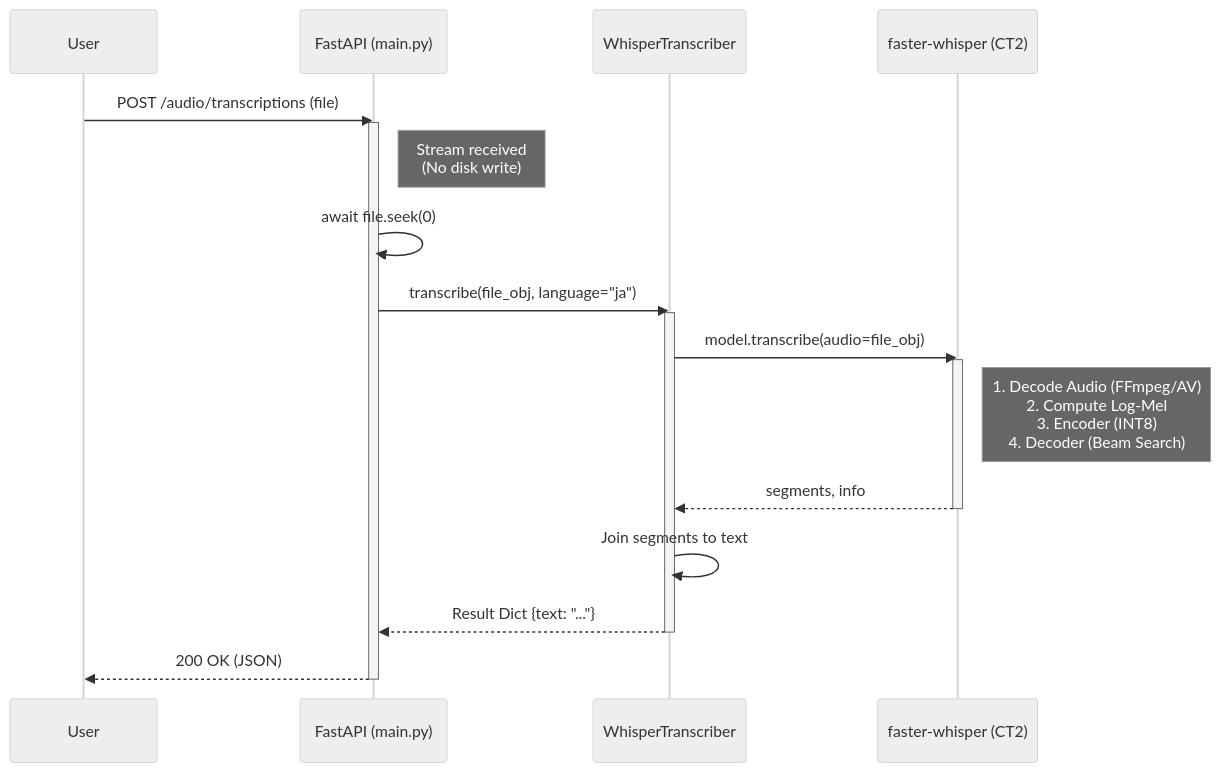
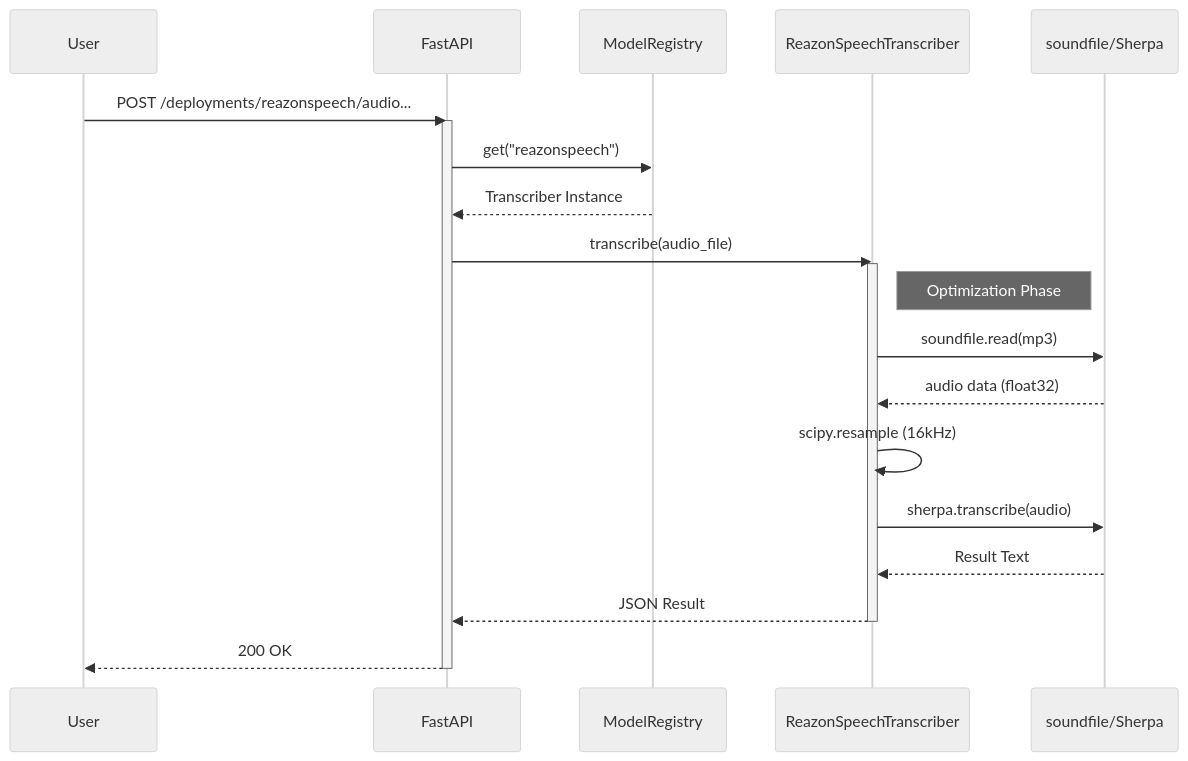
Before and after one commit to kurenainagi/WhisperServer: the second of 2 diagrams in ARCHITECTURE.md, drawn with Mermaid (neutral theme). The commit also changed other lines of this file and 1 other file, not shown here.

````diff
--- a/ARCHITECTURE.md
+++ b/ARCHITECTURE.md
@@ -126,31 +77,31 @@
 ```mermaid
 sequenceDiagram
     participant User
-    participant API as FastAPI (main.py)
-    participant Core as WhisperTranscriber
-    participant Engine as faster-whisper (CT2)
+    participant API as FastAPI
+    participant Registry as ModelRegistry
+    participant Model as ReazonSpeechTranscriber
+    participant Lib as soundfile/Sherpa
 
-    User->>API: POST /audio/transcriptions (file)
+    User->>API: POST /deployments/reazonspeech/audio...
     activate API
     
-    Note right of API: Stream received<br/>(No disk write)
+    API->>Registry: get("reazonspeech")
+    Registry-->>API: Transcriber Instance
     
-    API->>API: await file.seek(0)
-    API->>Core: transcribe(file_obj, language="ja")
-    activate Core
+    API->>Model: transcribe(audio_file)
+    activate Model
     
-    Core->>Engine: model.transcribe(audio=file_obj)
-    activate Engine
+    Note right of Model: Optimization Phase
+    Model->>Lib: soundfile.read(mp3)
+    Lib-->>Model: audio data (float32)
+    Model->>Model: scipy.resample (16kHz)
     
-    Note right of Engine: 1. Decode Audio (FFmpeg/AV)<br/>2. Compute Log-Mel<br/>3. Encoder (INT8)<br/>4. Decoder (Beam Search)
+    Model->>Lib: sherpa.transcribe(audio)
+    Lib-->>Model: Result Text
     
-    Engine-->>Core: segments, info
-    deactivate Engine
+    Model-->>API: JSON Result
+    deactivate Model
     
-    Core->>Core: Join segments to text
-    Core-->>API: Result Dict {text: "..."}
-    deactivate Core
-    
-    API-->>User: 200 OK (JSON)
+    API-->>User: 200 OK
     deactivate API
 ```
````
